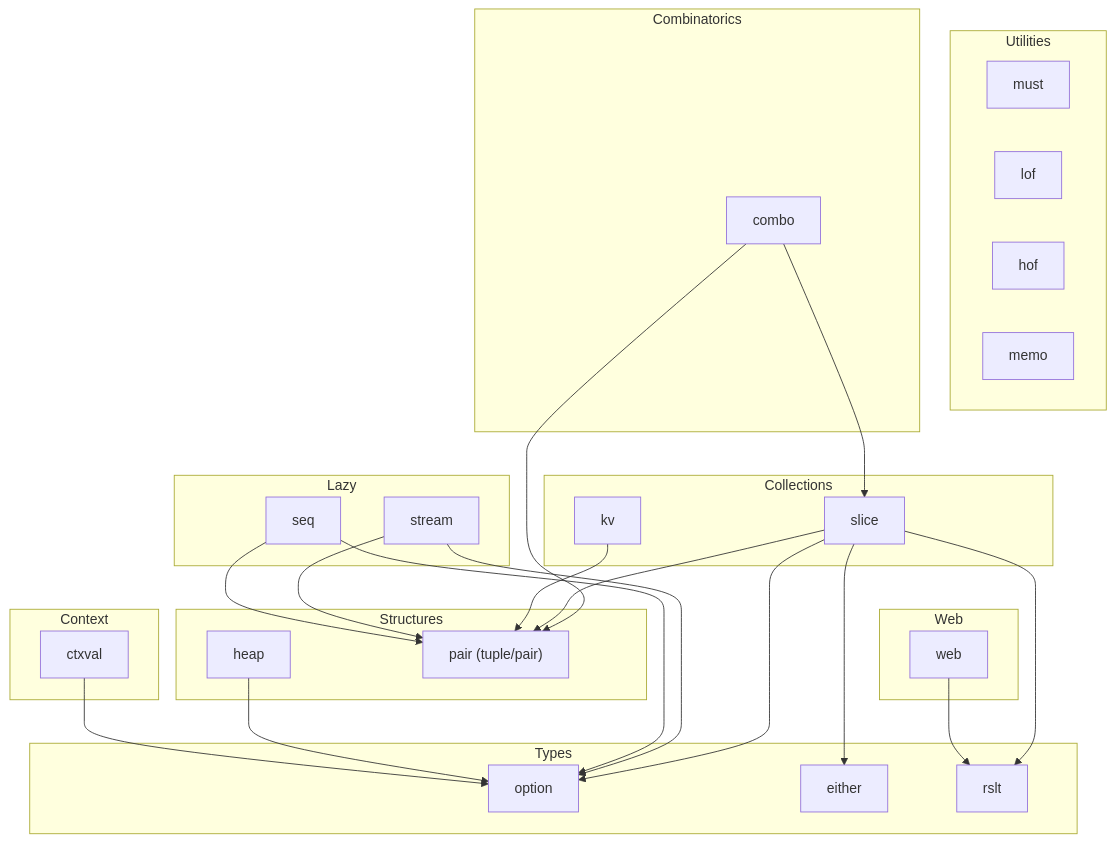
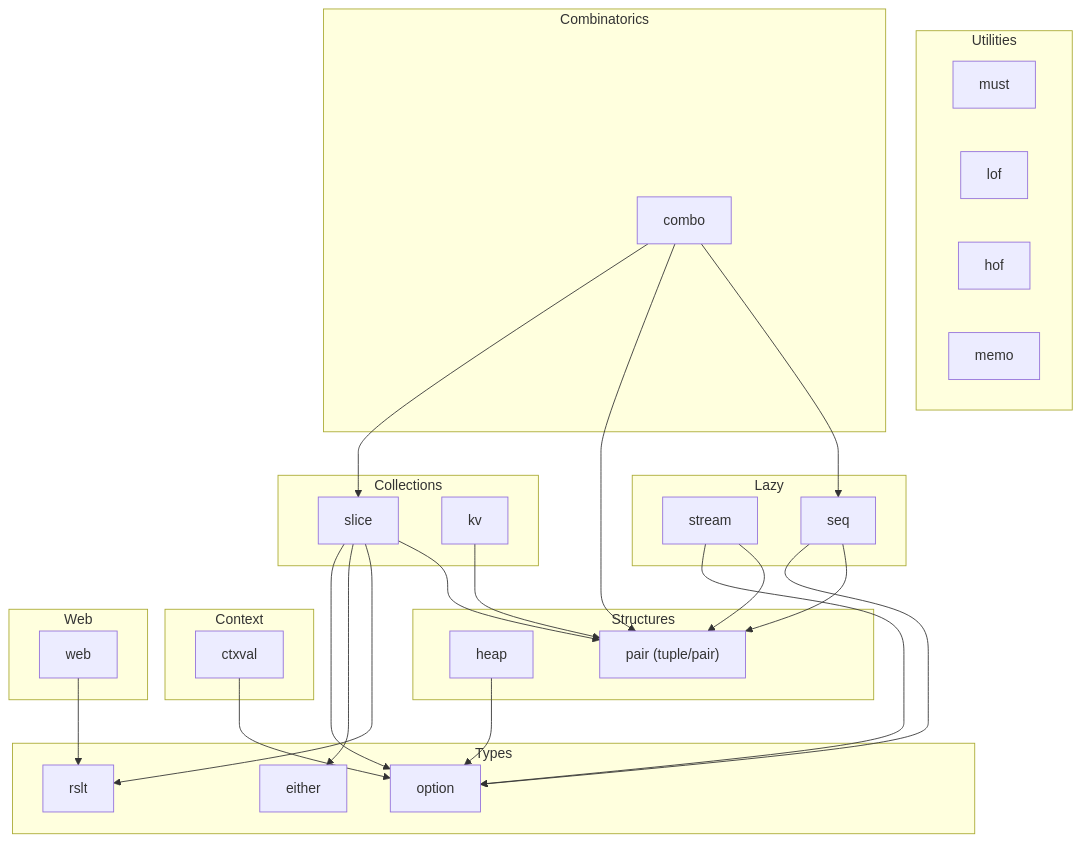
One commit to binaryphile/fluentfp changed the diagram in docs/design.md. Above: the diagram before and after it, drawn with Mermaid. The commit also changed other lines of this file and 6 other files, not shown here.

Commit message:
feat(combo): add lazy Seq generator variants for all functions

````diff
--- a/docs/design.md
+++ b/docs/design.md
@@ -7,50 +7,51 @@
 ```mermaid
 flowchart TD
     subgraph Utilities
         must
         lof
         hof
         memo
     end
     subgraph Combinatorics
         combo
     end
     subgraph Collections
         slice
         kv
     end
     subgraph Lazy
         stream
         seq
     end
     subgraph Structures
         heap
         pair["pair (tuple/pair)"]
     end
     subgraph Types
         option
         either
         rslt
     end
 subgraph Context
         ctxval
     end
     subgraph Web
         web
     end
 
     combo --> slice
     combo --> pair
+    combo --> seq
     slice --> option
     slice --> either
     slice --> rslt
     slice --> pair
     kv --> pair
     stream --> option
     stream --> pair
     seq --> option
     seq --> pair
     heap --> option
 ctxval --> option
     web --> rslt
 ```
````
